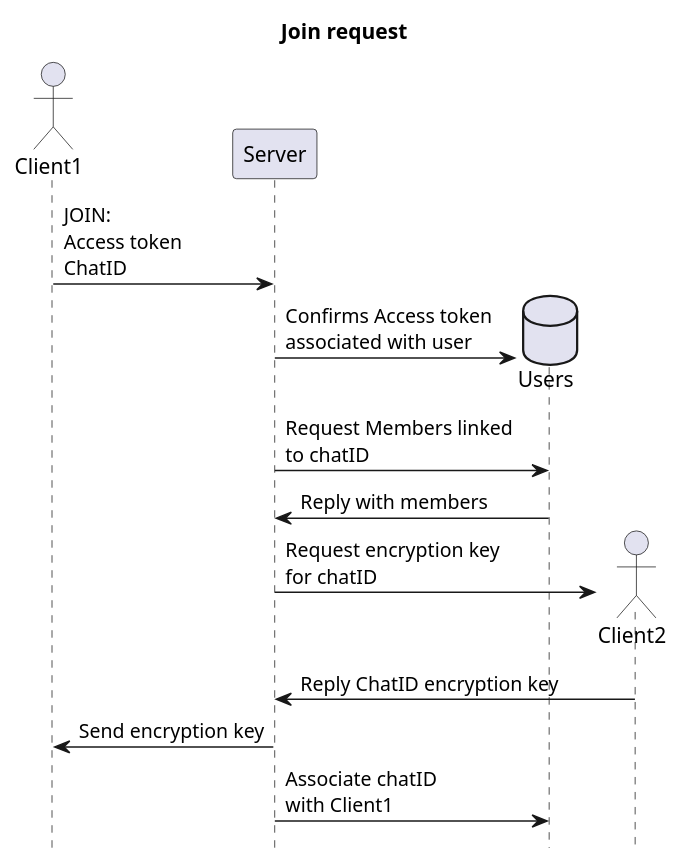
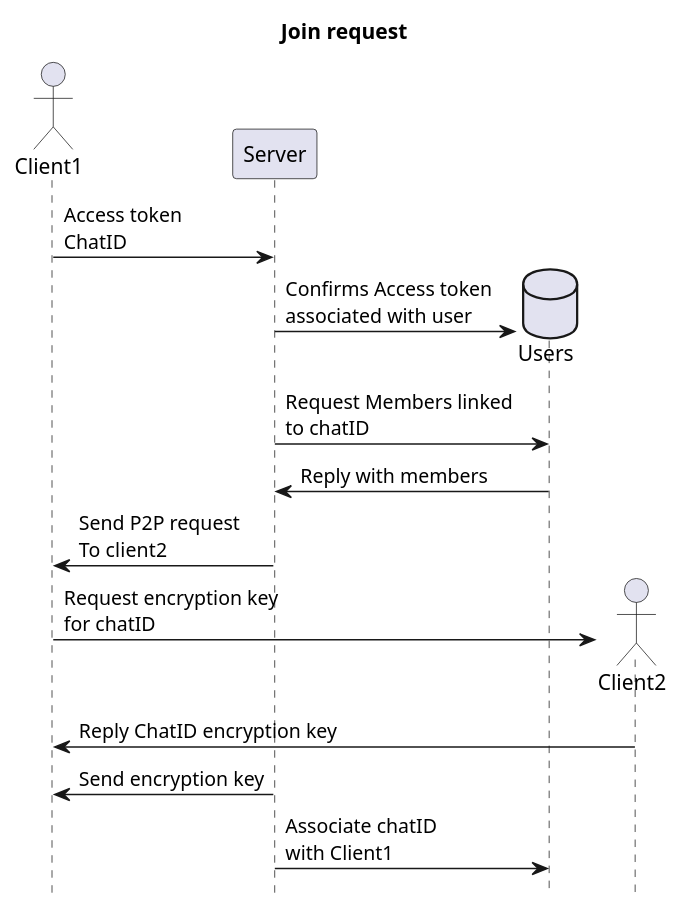
One commit to VVrongSide/P5-courses changed the diagram in OOADI/plantuml/SSD_join_request.puml. Above: the diagram before and after it, drawn with PlantUML. The commit also changed 24 other files, not shown here.

```diff
--- a/OOADI/plantuml/SSD_join_request.puml
+++ b/OOADI/plantuml/SSD_join_request.puml
@@ -1,18 +1,19 @@
 @startuml
 hide footbox
 title Join request
 
 actor Client1
 participant Server
 
-Client1 -> Server : JOIN:\nAccess token\nChatID
+Client1 -> Server : Access token\nChatID
 create database Users
 Server -> Users: Confirms Access token\nassociated with user
 Server -> Users: Request Members linked\nto chatID
 Users -> Server: Reply with members
+Server -> Client1: Send P2P request\nTo client2
 create actor Client2
-Server -> Client2: Request encryption key\nfor chatID
-Client2 -> Server: Reply ChatID encryption key
+Client1 -> Client2: Request encryption key\nfor chatID
+Client2 -> Client1: Reply ChatID encryption key
 Server -> Client1: Send encryption key
 Server -> Users: Associate chatID\nwith Client1
 @enduml
```
